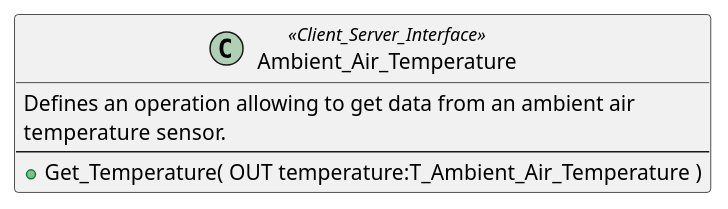
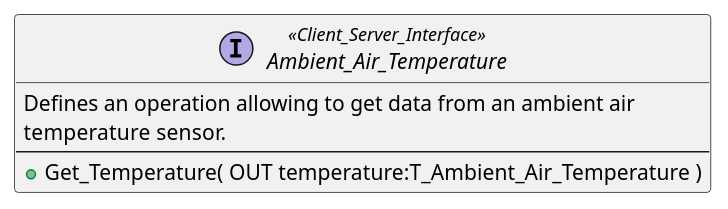
One commit to HomeMadeBots/Physical_Quantities_Interfaces changed the diagram in doc/Ambient_Air_Temperature.iuml. Above: the diagram before and after it, drawn with PlantUML.

```diff
--- a/doc/Ambient_Air_Temperature.iuml
+++ b/doc/Ambient_Air_Temperature.iuml
@@ -1,11 +1,11 @@
 @startuml
 
-class Ambient_Air_Temperature <<Client_Server_Interface>>
+interface  Ambient_Air_Temperature <<Client_Server_Interface>>
 {
   Defines an operation allowing to get data from an ambient air
   temperature sensor.
   --
   + Get_Temperature( OUT temperature:T_Ambient_Air_Temperature )
 }
 
 @enduml
```
